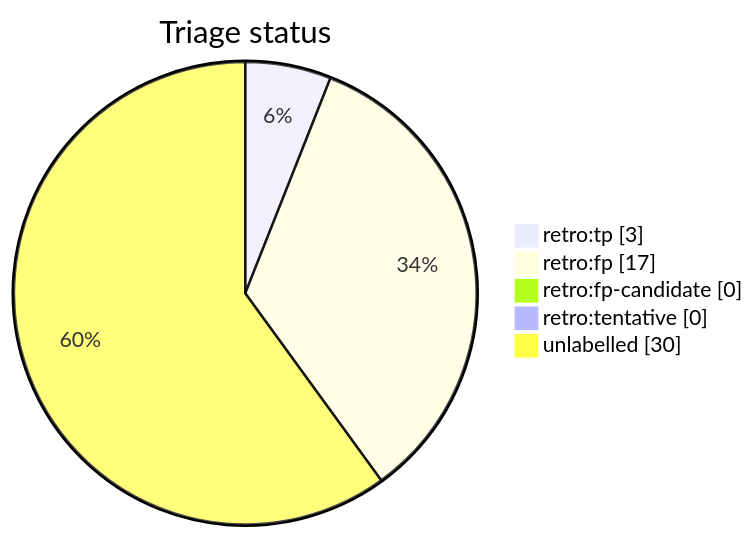
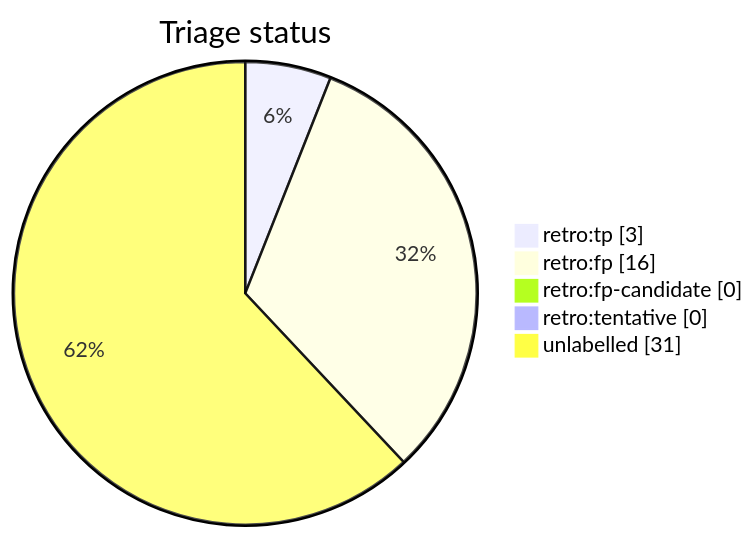
One commit to tvna/claude-md changed the diagram in docs/generated/scripts/auto-retro-triage-report.md. Above: the diagram before and after it, drawn with Mermaid. The commit also changed other lines of this file, not shown here.

First line of the commit message:
chore(auto-retro): refresh triage report

````diff
--- a/docs/generated/scripts/auto-retro-triage-report.md
+++ b/docs/generated/scripts/auto-retro-triage-report.md
@@ -15,9 +15,9 @@
 ```mermaid
 pie showData
     title Triage status
     "retro:tp" : 3
-    "retro:fp" : 17
+    "retro:fp" : 16
     "retro:fp-candidate" : 0
     "retro:tentative" : 0
-    "unlabelled" : 30
+    "unlabelled" : 31
 ```
````
